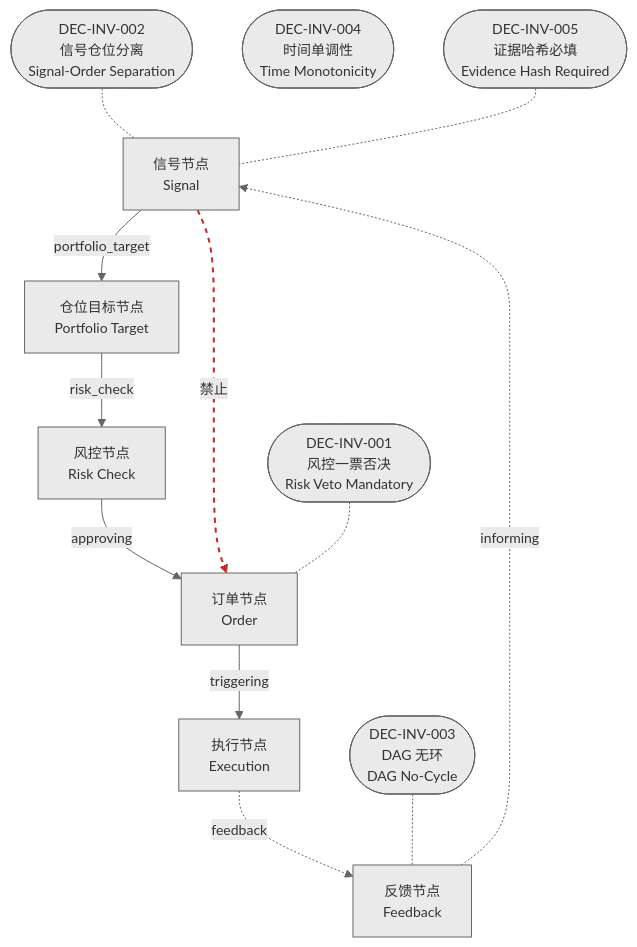
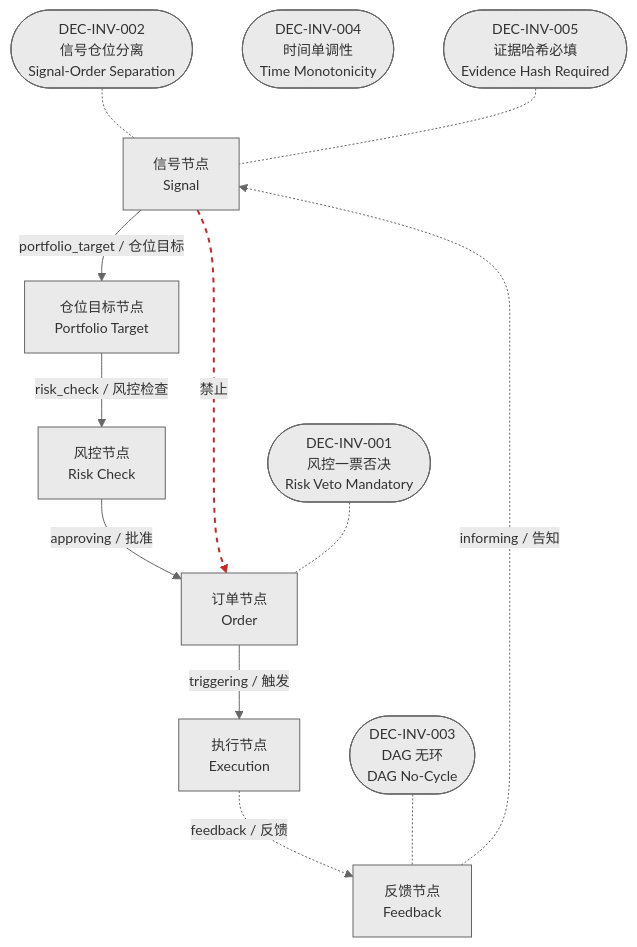
Before and after one commit to xuanFelixVan/ZephyrAlpha: the diagram in docs/02_enterprise_architecture/06_decision_architecture/21_decision_invariants.md, drawn with Mermaid. The commit also changed other lines of this file and 23 other files, not shown here.

First line of the commit message:
feat(decision-diagram): mermaid 边标签加中文（triggering/触发 等）

````diff
--- a/docs/02_enterprise_architecture/06_decision_architecture/21_decision_invariants.md
+++ b/docs/02_enterprise_architecture/06_decision_architecture/21_decision_invariants.md
@@ -10,27 +10,27 @@
 ```mermaid
 %%{init: {'theme': 'base', 'themeVariables': {'primaryColor': '#eaeaea', 'primaryTextColor': '#333333', 'primaryBorderColor': '#666666', 'lineColor': '#666666', 'secondaryColor': '#eaeaea', 'tertiaryColor': '#eaeaea', 'fontSize': '14px'}}}%%
 flowchart TD
     NT_signal["信号节点<br/>Signal"]
     NT_portfolio_target["仓位目标节点<br/>Portfolio Target"]
     NT_risk_check["风控节点<br/>Risk Check"]
     NT_order["订单节点<br/>Order"]
     NT_execution["执行节点<br/>Execution"]
     NT_feedback["反馈节点<br/>Feedback"]
-    NT_signal -->|portfolio_target| NT_portfolio_target
-    NT_portfolio_target -->|risk_check| NT_risk_check
-    NT_risk_check -->|approving| NT_order
-    NT_order -->|triggering| NT_execution
-    NT_execution -.->|feedback| NT_feedback
-    NT_feedback -.->|informing| NT_signal
+    NT_signal -->|portfolio_target / 仓位目标| NT_portfolio_target
+    NT_portfolio_target -->|risk_check / 风控检查| NT_risk_check
+    NT_risk_check -->|approving / 批准| NT_order
+    NT_order -->|triggering / 触发| NT_execution
+    NT_execution -.->|feedback / 反馈| NT_feedback
+    NT_feedback -.->|informing / 告知| NT_signal
     NT_signal -.->|禁止| NT_order
     linkStyle 6 stroke:#c62828,stroke-width:2px,stroke-dasharray: 5 5
     INV_DEC_INV_001(["DEC-INV-001<br/>风控一票否决<br/>Risk Veto Mandatory"])
     INV_DEC_INV_002(["DEC-INV-002<br/>信号仓位分离<br/>Signal-Order Separation"])
     INV_DEC_INV_003(["DEC-INV-003<br/>DAG 无环<br/>DAG No-Cycle"])
     INV_DEC_INV_004(["DEC-INV-004<br/>时间单调性<br/>Time Monotonicity"])
     INV_DEC_INV_005(["DEC-INV-005<br/>证据哈希必填<br/>Evidence Hash Required"])
     INV_DEC_INV_001 -.- NT_order
     INV_DEC_INV_002 -.- NT_signal
     INV_DEC_INV_003 -.- NT_feedback
     INV_DEC_INV_005 -.- NT_signal
 ```
````
